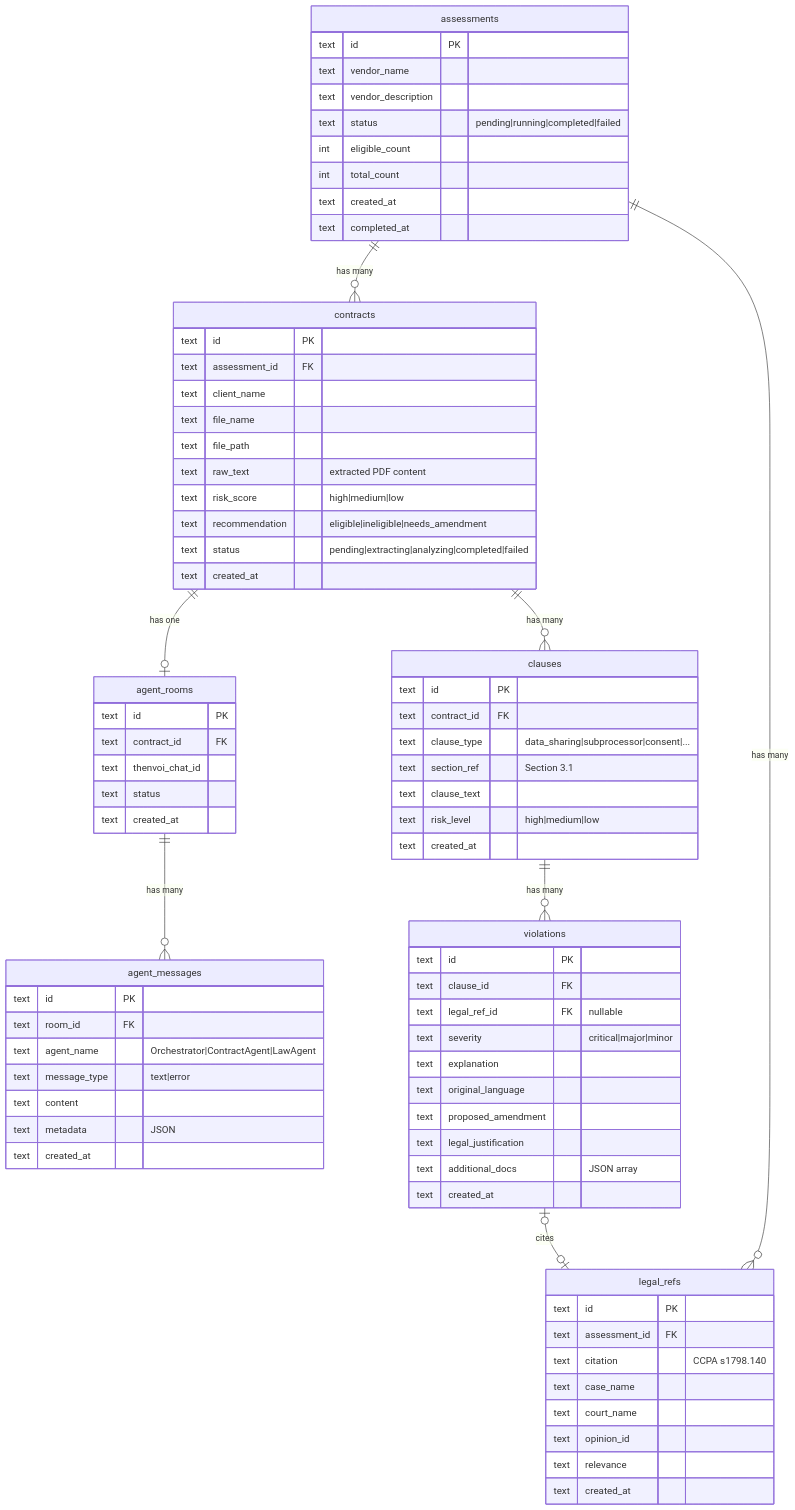
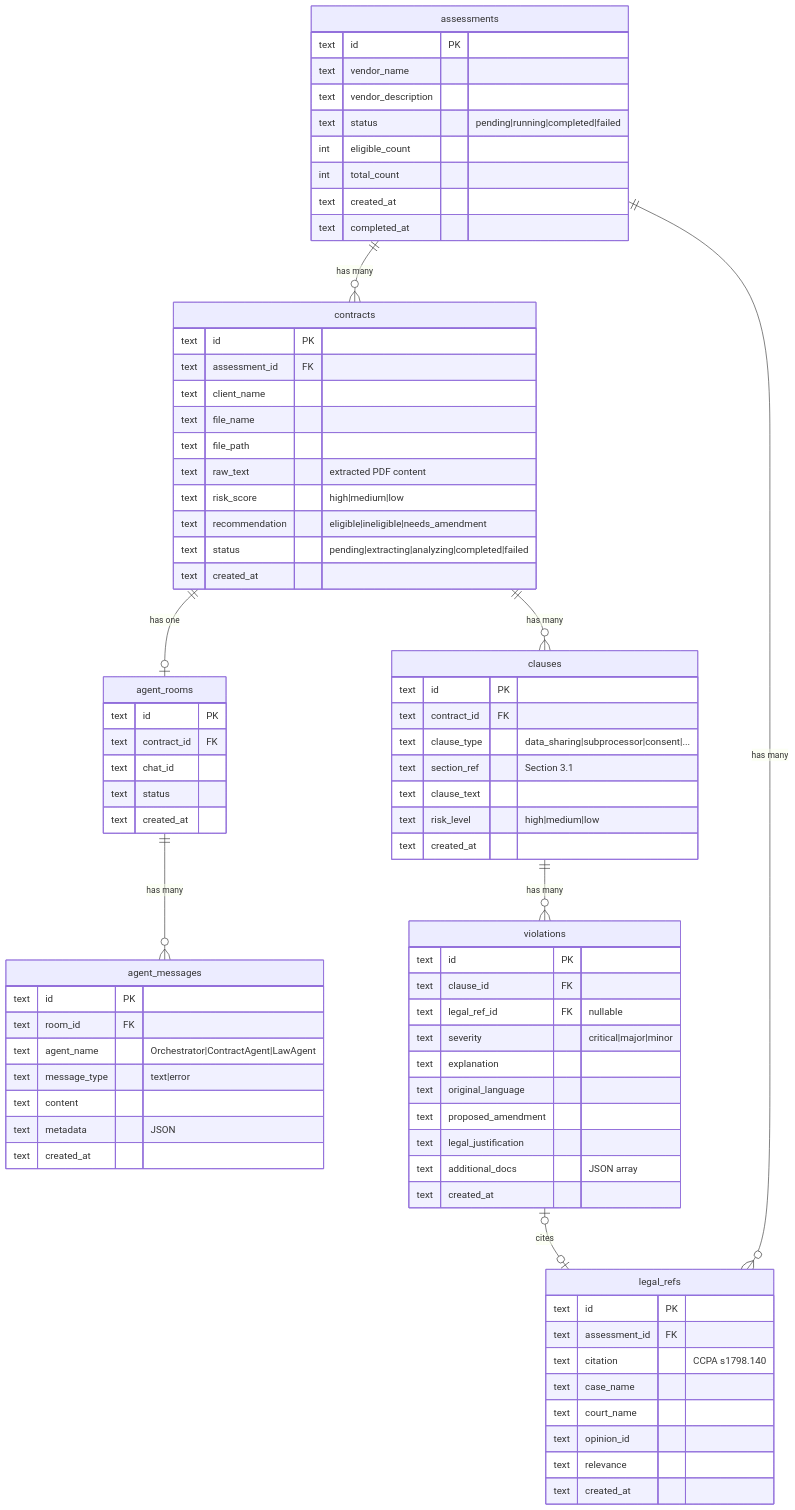
The eighth of 10 diagrams in README.md (NaichuanZhang/ContractSwarm), drawn with Mermaid before and after one commit. The commit also changed other lines of this file and 1 other file, not shown here.

First line of the commit message:
docs: remove Thenvoi section and references

```diff
--- a/README.md
+++ b/README.md
@@ -611,7 +505,7 @@
     agent_rooms {
         text id PK
         text contract_id FK
-        text thenvoi_chat_id
+        text chat_id
         text status
         text created_at
     }
```
